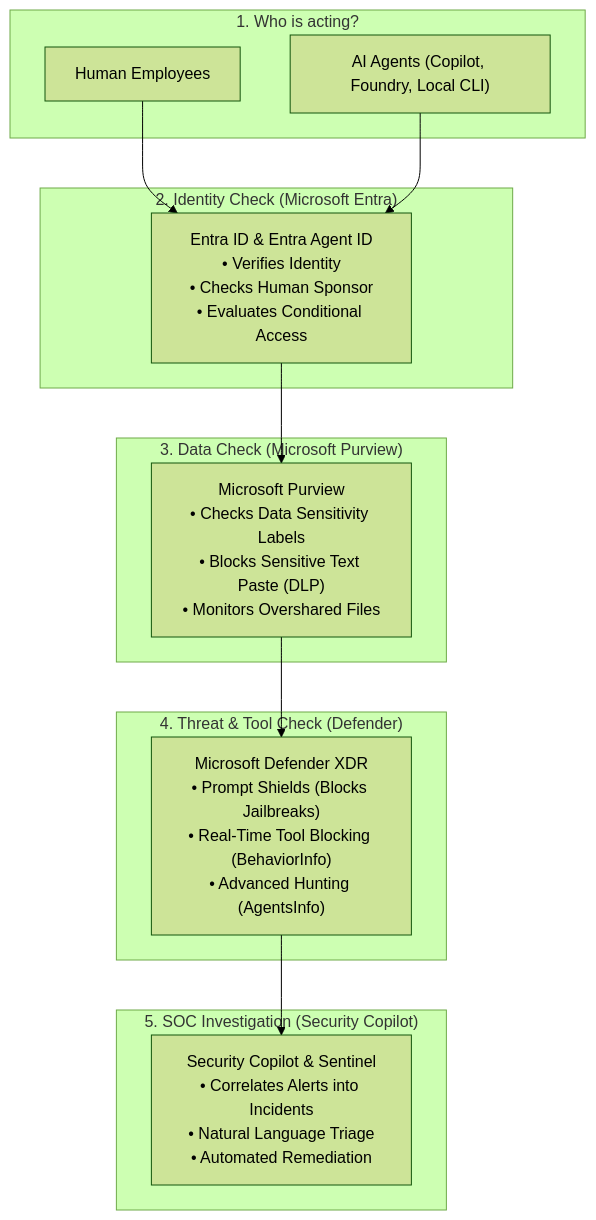
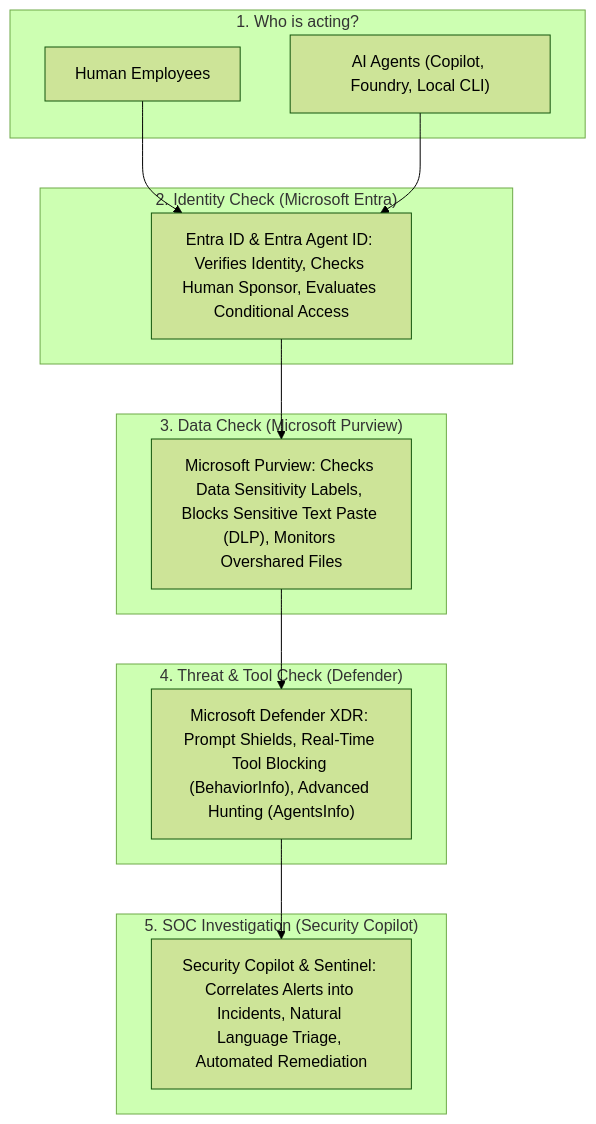
Before and after one commit to 86sunbot/fde-lab: the second of 8 diagrams in microsoft_vs_crowdstrike_ai_dr_guide.md, drawn with Mermaid (forest theme). The commit also changed other lines of this file and 1 other file, not shown here.

Commit message:
docs: fix Mermaid rendering, diagram count, and code-to-doc alignment in README and AI/DR guide

````diff
--- a/microsoft_vs_crowdstrike_ai_dr_guide.md
+++ b/microsoft_vs_crowdstrike_ai_dr_guide.md
@@ -95,29 +95,29 @@
 ```mermaid
-graph TD
+flowchart TD
     subgraph Users_And_Agents ["1. Who is acting?"]
         Employees["Human Employees"]
         Agents["AI Agents (Copilot, Foundry, Local CLI)"]
     end
 
     subgraph Identity_Control ["2. Identity Check (Microsoft Entra)"]
-        Entra["Entra ID & Entra Agent ID<br/>• Verifies Identity<br/>• Checks Human Sponsor<br/>• Evaluates Conditional Access"]
+        Entra["Entra ID & Entra Agent ID: Verifies Identity, Checks Human Sponsor, Evaluates Conditional Access"]
     end
 
     subgraph Data_Protection ["3. Data Check (Microsoft Purview)"]
-        Purview["Microsoft Purview<br/>• Checks Data Sensitivity Labels<br/>• Blocks Sensitive Text Paste (DLP)<br/>• Monitors Overshared Files"]
+        Purview["Microsoft Purview: Checks Data Sensitivity Labels, Blocks Sensitive Text Paste (DLP), Monitors Overshared Files"]
     end
 
     subgraph Runtime_Defense ["4. Threat & Tool Check (Defender)"]
-        Defender["Microsoft Defender XDR<br/>• Prompt Shields (Blocks Jailbreaks)<br/>• Real-Time Tool Blocking (BehaviorInfo)<br/>• Advanced Hunting (AgentsInfo)"]
+        Defender["Microsoft Defender XDR: Prompt Shields, Real-Time Tool Blocking (BehaviorInfo), Advanced Hunting (AgentsInfo)"]
     end
 
     subgraph Operations ["5. SOC Investigation (Security Copilot)"]
-        SecCopilot["Security Copilot & Sentinel<br/>• Correlates Alerts into Incidents<br/>• Natural Language Triage<br/>• Automated Remediation"]
+        SecCopilot["Security Copilot & Sentinel: Correlates Alerts into Incidents, Natural Language Triage, Automated Remediation"]
     end
 
     Employees --> Entra
     Agents --> Entra
     Entra --> Purview
     Purview --> Defender
     Defender --> SecCopilot
 ```
````
